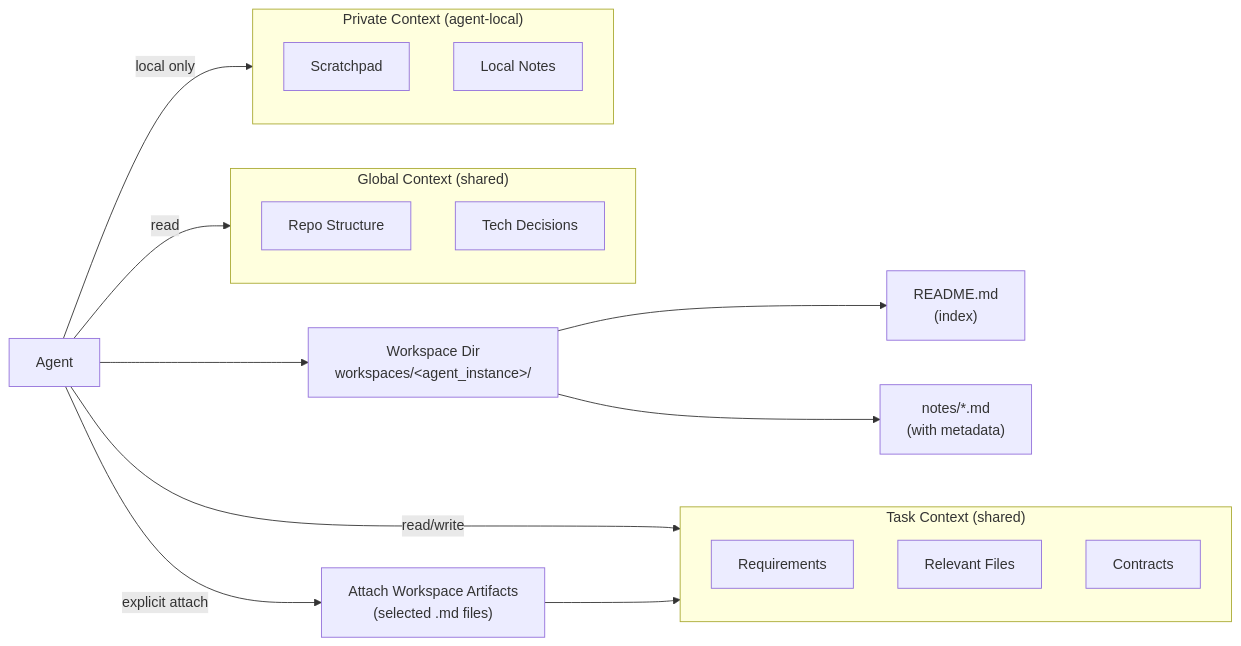
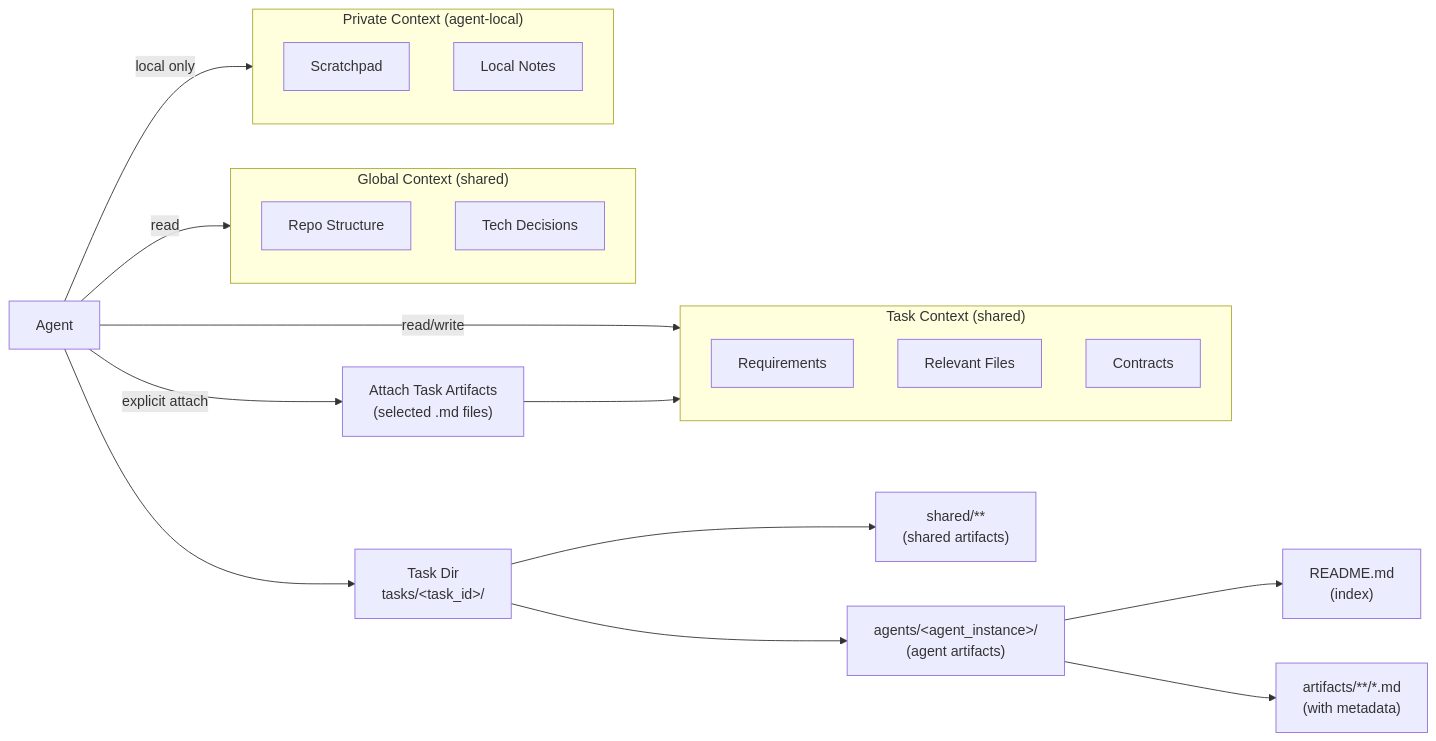
The third of 3 diagrams in README.md (ticoAg/Coco), drawn with Mermaid before and after one commit. The commit also changed other lines of this file and 6 other files, not shown here.

First line of the commit message:
docs: 整理 AgentMesh 文档与 Task Directory 📄

````diff
--- a/README.md
+++ b/README.md
@@ -121,29 +123,31 @@
 ```mermaid
 flowchart LR
   subgraph Global["Global Context (shared)"]
     G1[Repo Structure]
     G2[Tech Decisions]
   end
 
   subgraph Task["Task Context (shared)"]
     T1[Requirements]
     T2[Relevant Files]
     T3[Contracts]
   end
 
   subgraph Private["Private Context (agent-local)"]
     P1[Scratchpad]
     P2[Local Notes]
   end
 
   A[Agent] -->|read| Global
   A[Agent] -->|read/write| Task
   A[Agent] -->|local only| Private
 
-  A[Agent] --> W["Workspace Dir<br/>workspaces/&lt;agent_instance&gt;/"]
+  A[Agent] --> TD["Task Dir<br/>tasks/&lt;task_id&gt;/"]
+  TD --> TS["shared/**<br/>(shared artifacts)"]
+  TD --> W["agents/&lt;agent_instance&gt;/<br/>(agent artifacts)"]
   W --> W1["README.md<br/>(index)"]
-  W --> W2["notes/*.md<br/>(with metadata)"]
+  W --> W2["artifacts/**/*.md<br/>(with metadata)"]
 
-  A[Agent] -->|explicit attach| X["Attach Workspace Artifacts<br/>(selected .md files)"]
+  A[Agent] -->|explicit attach| X["Attach Task Artifacts<br/>(selected .md files)"]
   X --> Task
 ```
````
